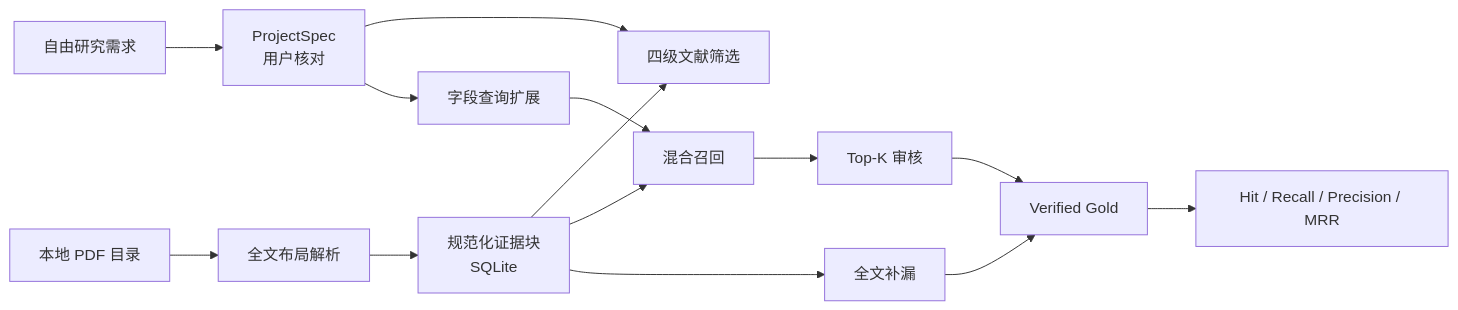
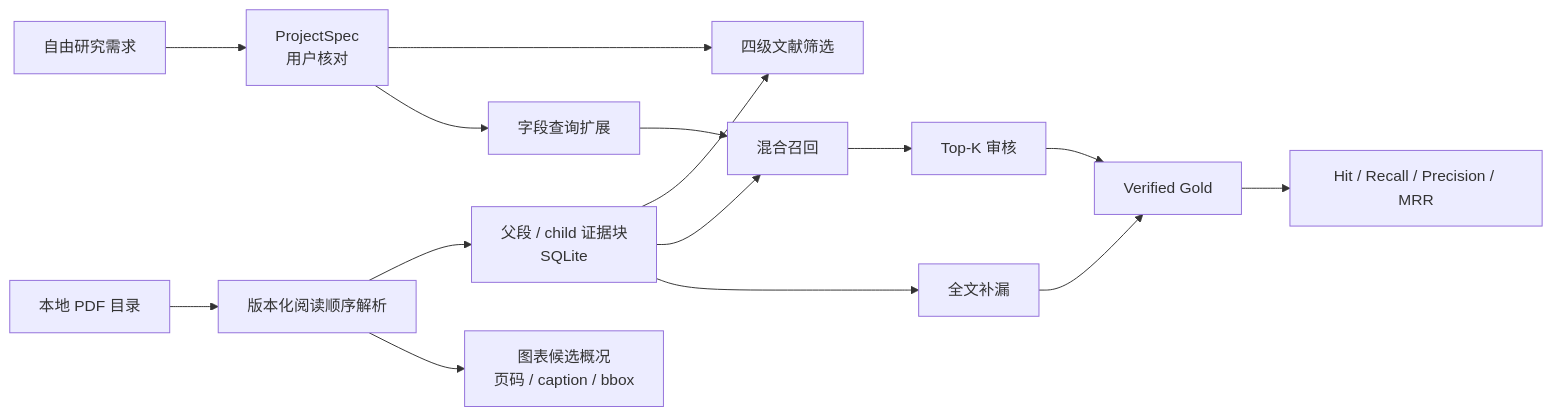
Before and after one commit to ZhangHan200005/EcoData_Extraction: the diagram in docs/ARCHITECTURE.md, drawn with Mermaid. The commit also changed other lines of this file and 16 other files, not shown here.

````diff
--- a/docs/ARCHITECTURE.md
+++ b/docs/ARCHITECTURE.md
@@ -7,16 +7,17 @@
 ```mermaid
 flowchart LR
     A["自由研究需求"] --> B["ProjectSpec<br/>用户核对"]
-    C["本地 PDF 目录"] --> D["全文布局解析"]
-    D --> E["规范化证据块<br/>SQLite"]
+    C["本地 PDF 目录"] --> D["版本化阅读顺序解析"]
+    D --> E["父段 / child 证据块<br/>SQLite"]
+    D --> M["图表候选概况<br/>页码 / caption / bbox"]
     B --> F["四级文献筛选"]
     E --> F
     B --> G["字段查询扩展"]
     E --> H["混合召回"]
     G --> H
     H --> I["Top-K 审核"]
     E --> J["全文补漏"]
     I --> K["Verified Gold"]
     J --> K
     K --> L["Hit / Recall / Precision / MRR"]
 ```
````
